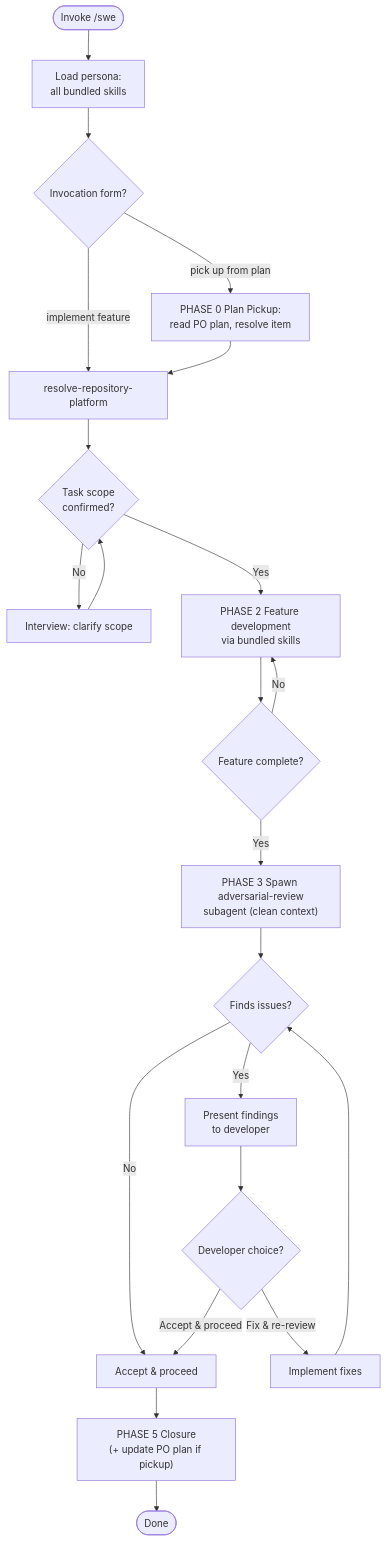
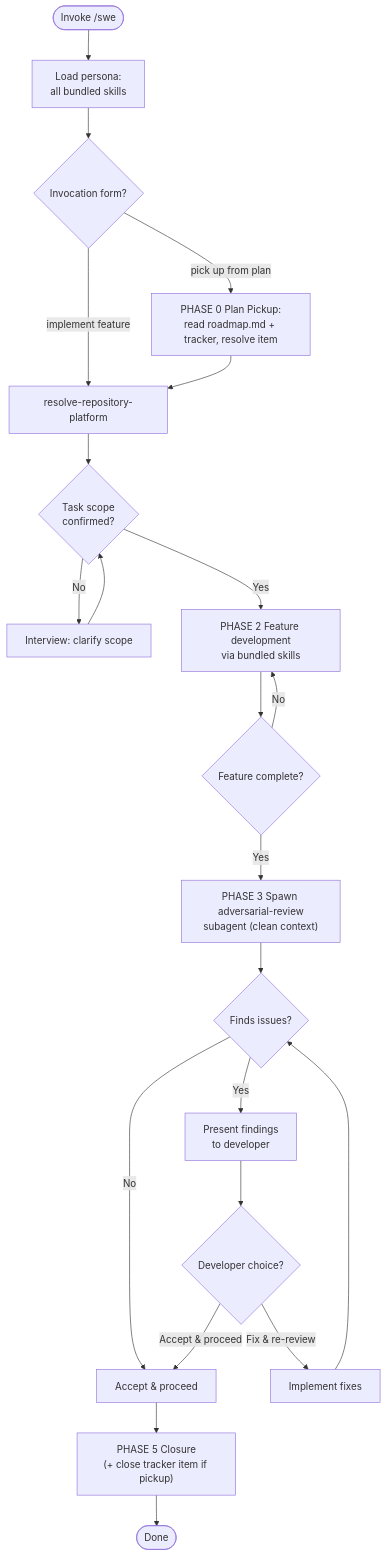
One commit to MegaByteMark/skills-to-pay-the-ai-bills changed the diagram in skills/swe/SKILL.md. Above: the diagram before and after it, drawn with Mermaid. The commit also changed other lines of this file and 4 other files, not shown here.

First line of the commit message:
feat(po): relocate execution-order plan to in-repo roadmap (ADR-0005)

````diff
--- a/skills/swe/SKILL.md
+++ b/skills/swe/SKILL.md
@@ -25,24 +25,24 @@
 ```mermaid
 flowchart TD
     START(["Invoke /swe <context>"]) --> LOAD["Load persona:<br>all bundled skills"]
     LOAD --> INVO{Invocation form?}
     INVO -->|implement feature| PLATFORM["resolve-repository-platform"]
-    INVO -->|pick up from plan| PICKUP["PHASE 0 Plan Pickup:<br>read PO plan, resolve item"]
+    INVO -->|pick up from plan| PICKUP["PHASE 0 Plan Pickup:<br>read roadmap.md + tracker, resolve item"]
     PICKUP --> PLATFORM
     PLATFORM --> TASK{Task scope<br>confirmed?}
     TASK -->|No| CLARIFY["Interview: clarify scope"]
     CLARIFY --> TASK
     TASK -->|Yes| DEVELOP["PHASE 2 Feature development<br>via bundled skills"]
     DEVELOP --> COMPLETE{Feature complete?}
     COMPLETE -->|No| DEVELOP
     COMPLETE -->|Yes| SPAWN_REVIEW["PHASE 3 Spawn adversarial-review<br>subagent (clean context)"]
     SPAWN_REVIEW --> FINDINGS{Finds issues?}
     FINDINGS -->|No| ACCEPT["Accept & proceed"]
     FINDINGS -->|Yes| PRESENT["Present findings<br>to developer"]
     PRESENT --> DECIDE{Developer choice?}
     DECIDE -->|Fix & re-review| FIX["Implement fixes"]
     FIX --> FINDINGS
     DECIDE -->|Accept & proceed| ACCEPT
-    ACCEPT --> CLOSE["PHASE 5 Closure<br>(+ update PO plan if pickup)"]
+    ACCEPT --> CLOSE["PHASE 5 Closure<br>(+ close tracker item if pickup)"]
     CLOSE --> DONE(["Done"])
 ```
````
